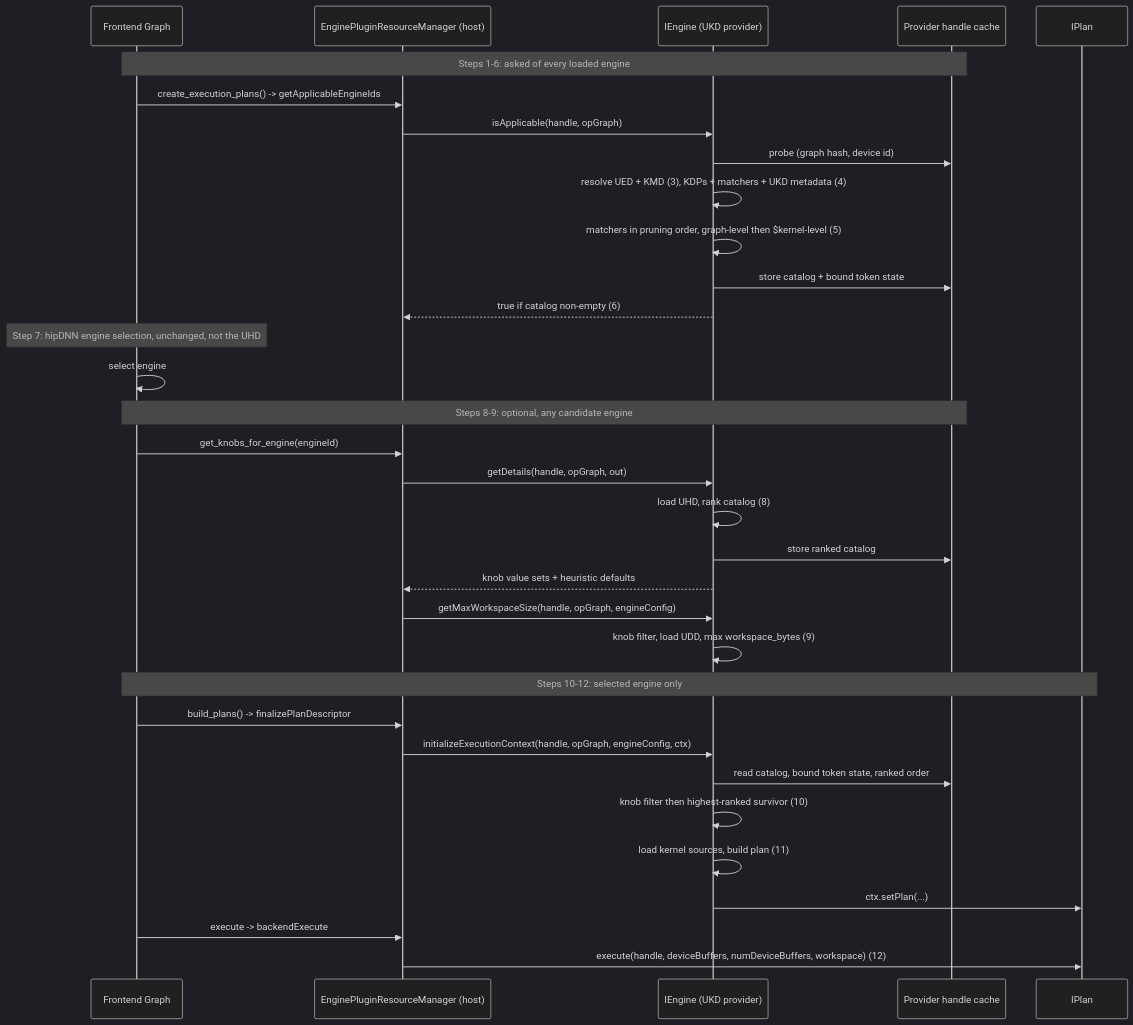
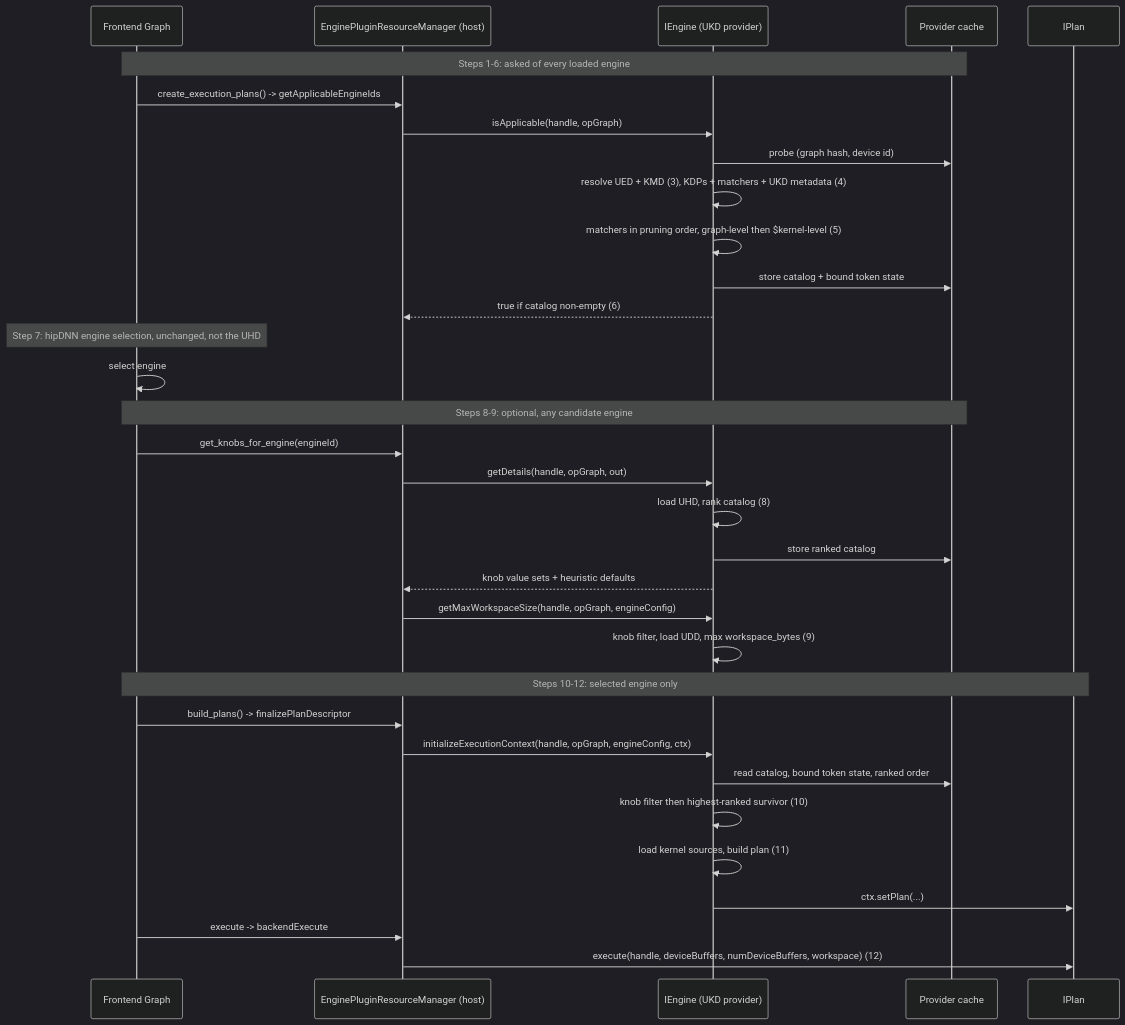
One commit to ROCm/rocm-libraries changed the diagram in projects/hipdnn/docs/rfcs/0017_UniversalKernelDescriptor.md. Above: the diagram before and after it, drawn with Mermaid (dark theme). The commit also changed other lines of this file, not shown here.

First line of the commit message:
docs(rfc-0017): stop caching on the handle

````diff
--- a/projects/hipdnn/docs/rfcs/0017_UniversalKernelDescriptor.md
+++ b/projects/hipdnn/docs/rfcs/0017_UniversalKernelDescriptor.md
@@ -1125,39 +1131,39 @@
 ```mermaid
 sequenceDiagram
     participant FE as Frontend Graph
     participant ERM as EnginePluginResourceManager (host)
     participant Eng as IEngine (UKD provider)
-    participant Cache as Provider handle cache
+    participant Cache as Provider cache
     participant Plan as IPlan
 
     Note over FE,Cache: Steps 1-6: asked of every loaded engine
     FE->>ERM: create_execution_plans() -> getApplicableEngineIds
     ERM->>Eng: isApplicable(handle, opGraph)
     Eng->>Cache: probe (graph hash, device id)
     Eng->>Eng: resolve UED + KMD (3), KDPs + matchers + UKD metadata (4)
     Eng->>Eng: matchers in pruning order, graph-level then $kernel-level (5)
     Eng->>Cache: store catalog + bound token state
     Eng-->>ERM: true if catalog non-empty (6)
 
     Note over FE: Step 7: hipDNN engine selection, unchanged, not the UHD
     FE->>FE: select engine
 
     Note over FE,Cache: Steps 8-9: optional, any candidate engine
     FE->>ERM: get_knobs_for_engine(engineId)
     ERM->>Eng: getDetails(handle, opGraph, out)
     Eng->>Eng: load UHD, rank catalog (8)
     Eng->>Cache: store ranked catalog
     Eng-->>ERM: knob value sets + heuristic defaults
     ERM->>Eng: getMaxWorkspaceSize(handle, opGraph, engineConfig)
     Eng->>Eng: knob filter, load UDD, max workspace_bytes (9)
 
     Note over FE,Plan: Steps 10-12: selected engine only
     FE->>ERM: build_plans() -> finalizePlanDescriptor
     ERM->>Eng: initializeExecutionContext(handle, opGraph, engineConfig, ctx)
     Eng->>Cache: read catalog, bound token state, ranked order
     Eng->>Eng: knob filter then highest-ranked survivor (10)
     Eng->>Eng: load kernel sources, build plan (11)
     Eng->>Plan: ctx.setPlan(...)
     FE->>ERM: execute -> backendExecute
     ERM->>Plan: execute(handle, deviceBuffers, numDeviceBuffers, workspace) (12)
 ```
````
